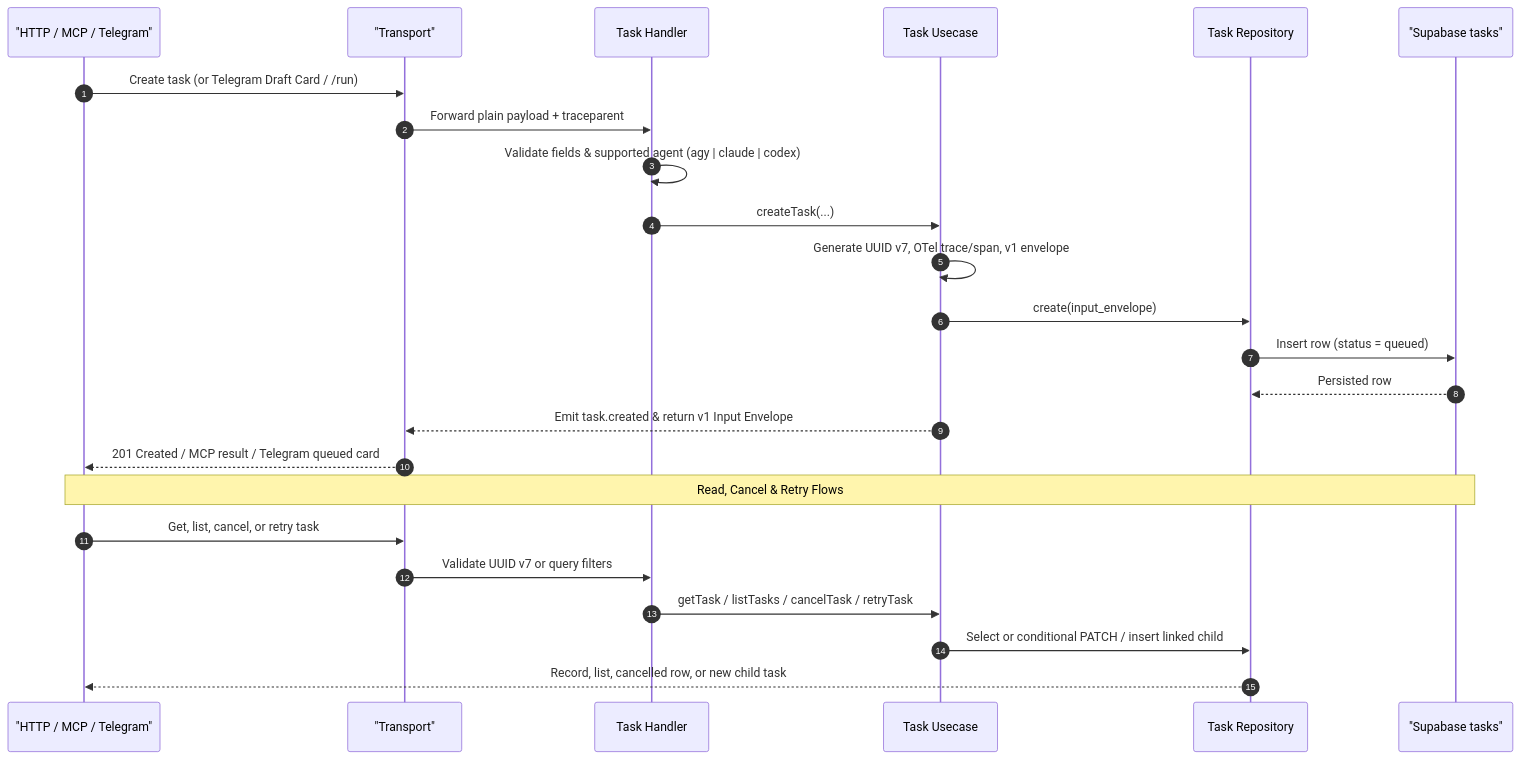
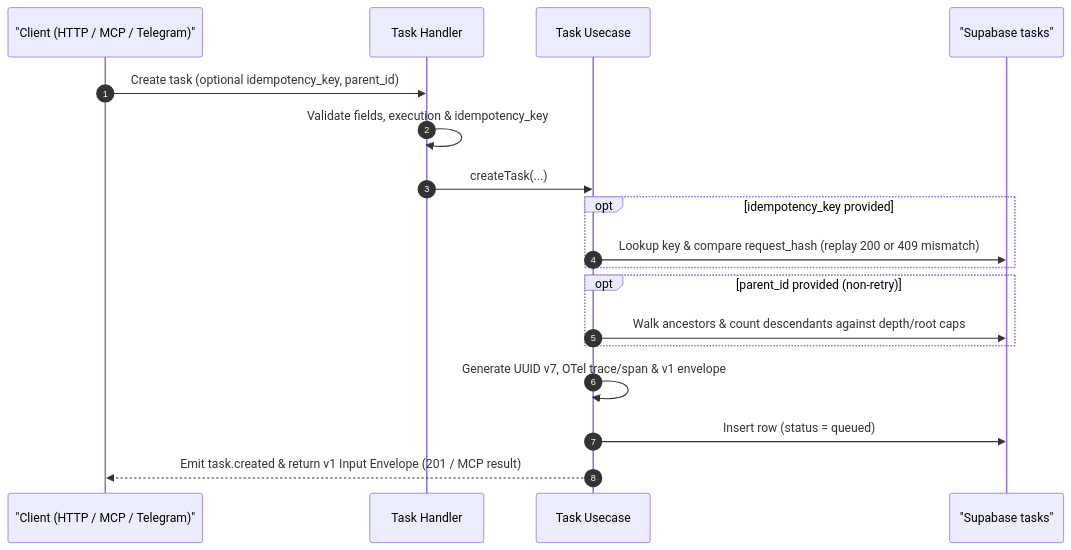
One commit to anlew2k2/task-aside changed the first of 2 diagrams in docs/seq-task-intake.md. Above: the diagram before and after it, drawn with Mermaid. The commit also changed other lines of this file and 32 other files, not shown here.

````diff
--- a/docs/seq-task-intake.md
+++ b/docs/seq-task-intake.md
@@ -7,28 +7,21 @@
 ```mermaid
 sequenceDiagram
   autonumber
-  participant C as "HTTP / MCP / Telegram"
-  participant T as "Transport"
+  participant C as "Client (HTTP / MCP / Telegram)"
   participant H as Task Handler
   participant U as Task Usecase
-  participant R as Task Repository
   participant DB as "Supabase tasks"
 
-  C->>T: Create task (or Telegram Draft Card / /run)
-  T->>H: Forward plain payload + traceparent
-  H->>H: Validate fields & supported agent (agy | claude | codex)
+  C->>H: Create task (optional idempotency_key, parent_id)
+  H->>H: Validate fields, execution & idempotency_key
   H->>U: createTask(...)
-  U->>U: Generate UUID v7, OTel trace/span, v1 envelope
-  U->>R: create(input_envelope)
-  R->>DB: Insert row (status = queued)
-  DB-->>R: Persisted row
-  U-->>T: Emit task.created & return v1 Input Envelope
-  T-->>C: 201 Created / MCP result / Telegram queued card
-
-  Note over C,DB: Read, Cancel & Retry Flows
-  C->>T: Get, list, cancel, or retry task
-  T->>H: Validate UUID v7 or query filters
-  H->>U: getTask / listTasks / cancelTask / retryTask
-  U->>R: Select or conditional PATCH / insert linked child
-  R-->>C: Record, list, cancelled row, or new child task
+  opt idempotency_key provided
+    U->>DB: Lookup key & compare request_hash (replay 200 or 409 mismatch)
+  end
+  opt parent_id provided (non-retry)
+    U->>DB: Walk ancestors & count descendants against depth/root caps
+  end
+  U->>U: Generate UUID v7, OTel trace/span & v1 envelope
+  U->>DB: Insert row (status = queued)
+  U-->>C: Emit task.created & return v1 Input Envelope (201 / MCP result)
 ```
````
